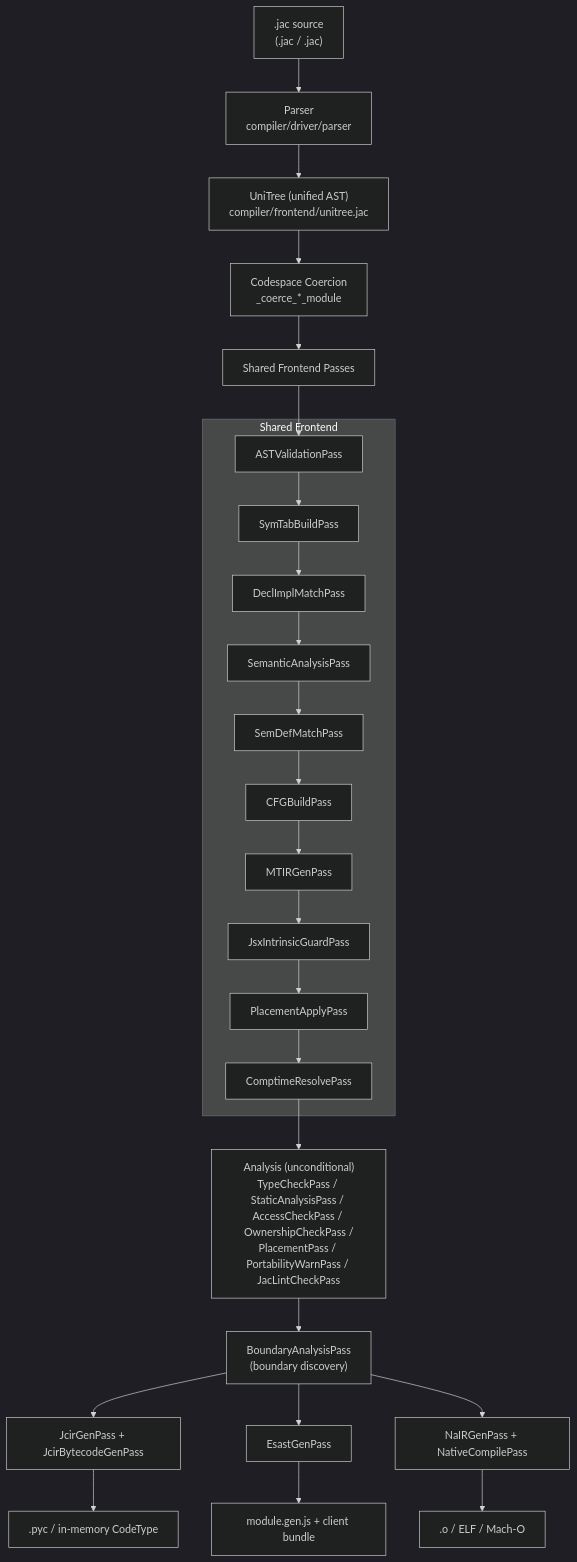
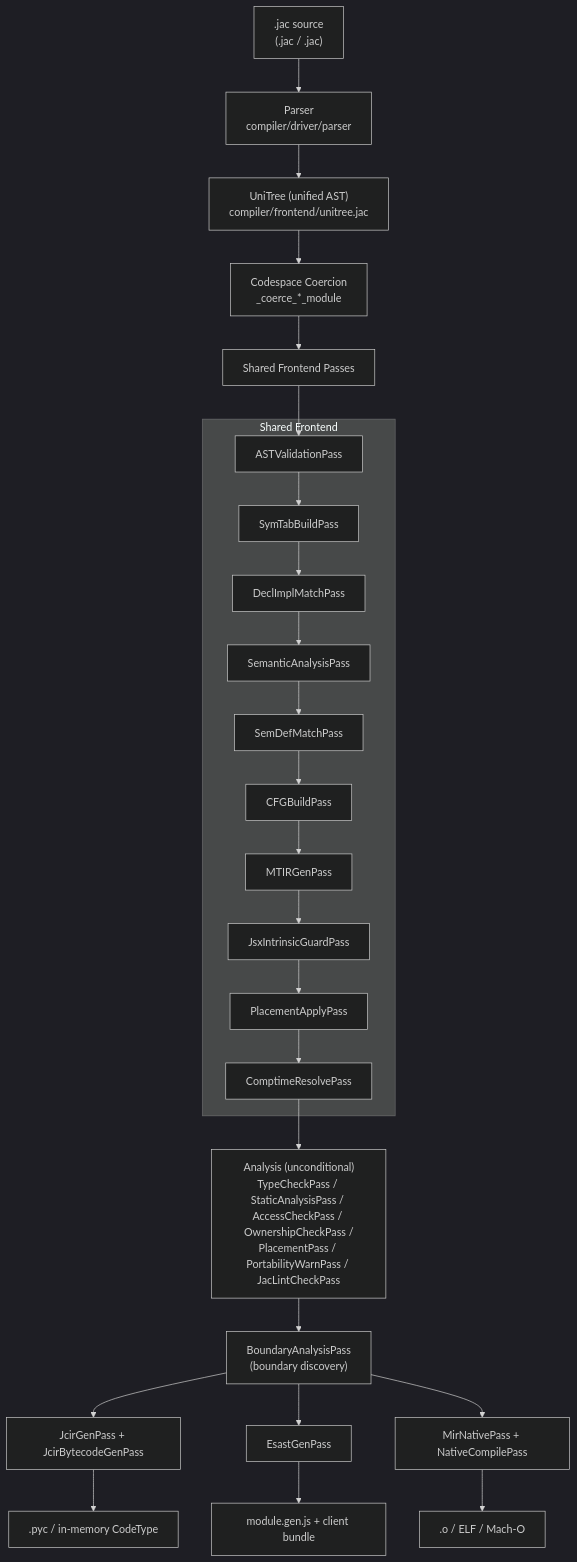
One commit to jaseci-labs/jac changed the second of 3 diagrams in jac/jaclang/cli/docs/internals/compiler_architecture.md. Above: the diagram before and after it, drawn with Mermaid (dark theme). The commit also changed other lines of this file and 43 other files, not shown here.

First line of the commit message:
test(native): point the suite and docs at MIR instead of NaIRGenPass

````diff
--- a/jac/jaclang/cli/docs/internals/compiler_architecture.md
+++ b/jac/jaclang/cli/docs/internals/compiler_architecture.md
@@ -98,31 +98,31 @@
 ```mermaid
 graph TD
     SRC[".jac source<br/>(.jac / .jac)"] --> PARSE[Parser<br/>compiler/driver/parser]
     PARSE --> UNI["UniTree (unified AST)<br/>compiler/frontend/unitree.jac"]
     UNI --> COERCE["Codespace Coercion<br/>_coerce_*_module"]
     COERCE --> FRONTEND[Shared Frontend Passes]
 
     subgraph FRONTEND_PASSES["Shared Frontend"]
         FE1[ASTValidationPass]
         FE2[SymTabBuildPass]
         FE3[DeclImplMatchPass]
         FE4[SemanticAnalysisPass]
         FE5[SemDefMatchPass]
         FE6[CFGBuildPass]
         FE7[MTIRGenPass]
         FE8[JsxIntrinsicGuardPass]
         FE9[PlacementApplyPass]
         FE10[ComptimeResolvePass]
     end
 
     FRONTEND --> FE1 --> FE2 --> FE3 --> FE4 --> FE5 --> FE6 --> FE7 --> FE8 --> FE9 --> FE10
     FE10 --> TYPECK["Analysis (unconditional)<br/>TypeCheckPass / StaticAnalysisPass / AccessCheckPass / OwnershipCheckPass /<br/>PlacementPass / PortabilityWarnPass / JacLintCheckPass"]
     TYPECK --> INTEROP["BoundaryAnalysisPass<br/>(boundary discovery)"]
     INTEROP --> SV[JcirGenPass + JcirBytecodeGenPass]
     INTEROP --> CL[EsastGenPass]
-    INTEROP --> NA[NaIRGenPass + NativeCompilePass]
+    INTEROP --> NA[MirNativePass + NativeCompilePass]
 
     SV --> SVOUT[".pyc / in-memory CodeType"]
     CL --> CLOUT["module.gen.js + client bundle"]
     NA --> NAOUT[".o / ELF / Mach-O"]
 ```
````
